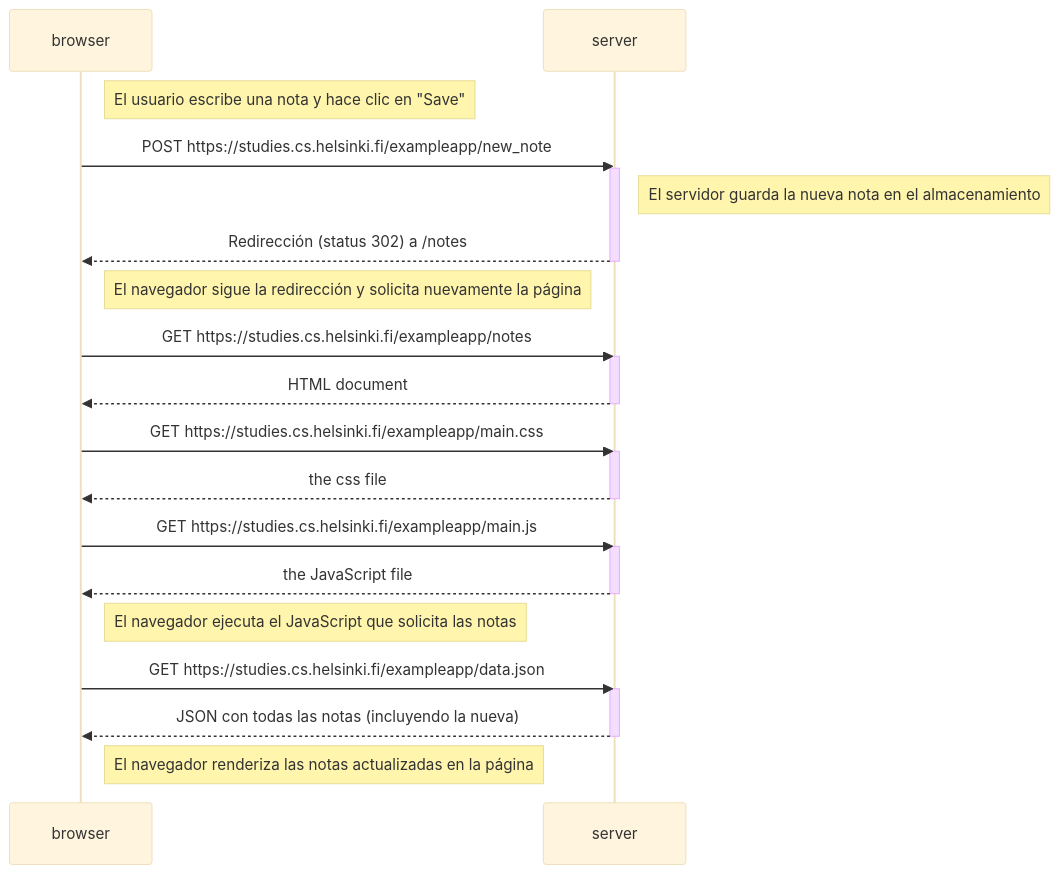
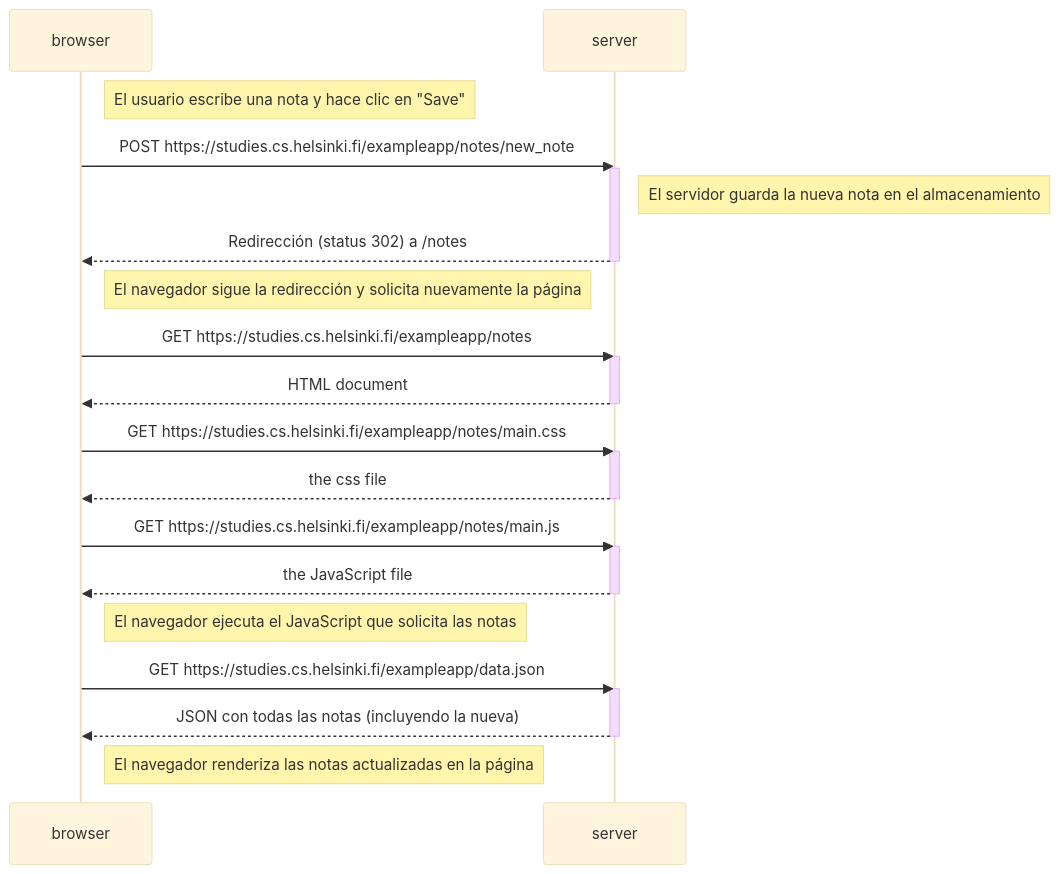
The diagram in part0/0.4.md (mauroperez055/fullstack-open-exercises), drawn with Mermaid (base theme) before and after one commit.

````diff
--- a/part0/0.4.md
+++ b/part0/0.4.md
@@ -4,39 +4,39 @@
 ```mermaid
 sequenceDiagram
     participant browser
     participant server
 
     Note right of browser: El usuario escribe una nota y hace clic en "Save"
 
-    browser->>server: POST https://studies.cs.helsinki.fi/exampleapp/new_note
+    browser->>server: POST https://studies.cs.helsinki.fi/exampleapp/notes/new_note
     activate server
     Note right of server: El servidor guarda la nueva nota en el almacenamiento
     server-->>browser: Redirección (status 302) a /notes
     deactivate server
 
     Note right of browser: El navegador sigue la redirección y solicita nuevamente la página
 
     browser->>server: GET https://studies.cs.helsinki.fi/exampleapp/notes
     activate server
     server-->>browser: HTML document
     deactivate server
 
-    browser->>server: GET https://studies.cs.helsinki.fi/exampleapp/main.css
+    browser->>server: GET https://studies.cs.helsinki.fi/exampleapp/notes/main.css
     activate server
     server-->>browser: the css file
     deactivate server
 
-    browser->>server: GET https://studies.cs.helsinki.fi/exampleapp/main.js
+    browser->>server: GET https://studies.cs.helsinki.fi/exampleapp/notes/main.js
     activate server
     server-->>browser: the JavaScript file
     deactivate server
 
     Note right of browser: El navegador ejecuta el JavaScript que solicita las notas
 
     browser->>server: GET https://studies.cs.helsinki.fi/exampleapp/data.json
     activate server
     server-->>browser: JSON con todas las notas (incluyendo la nueva)
     deactivate server
 
     Note right of browser: El navegador renderiza las notas actualizadas en la página
 ```
````
